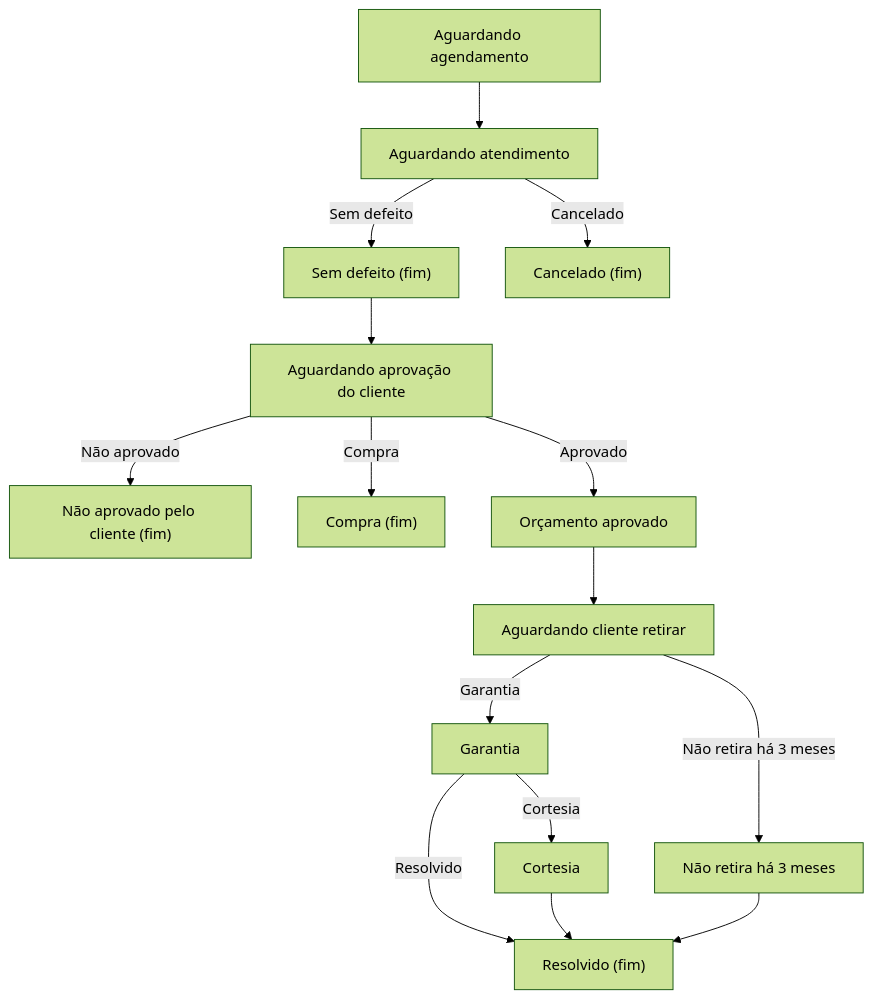
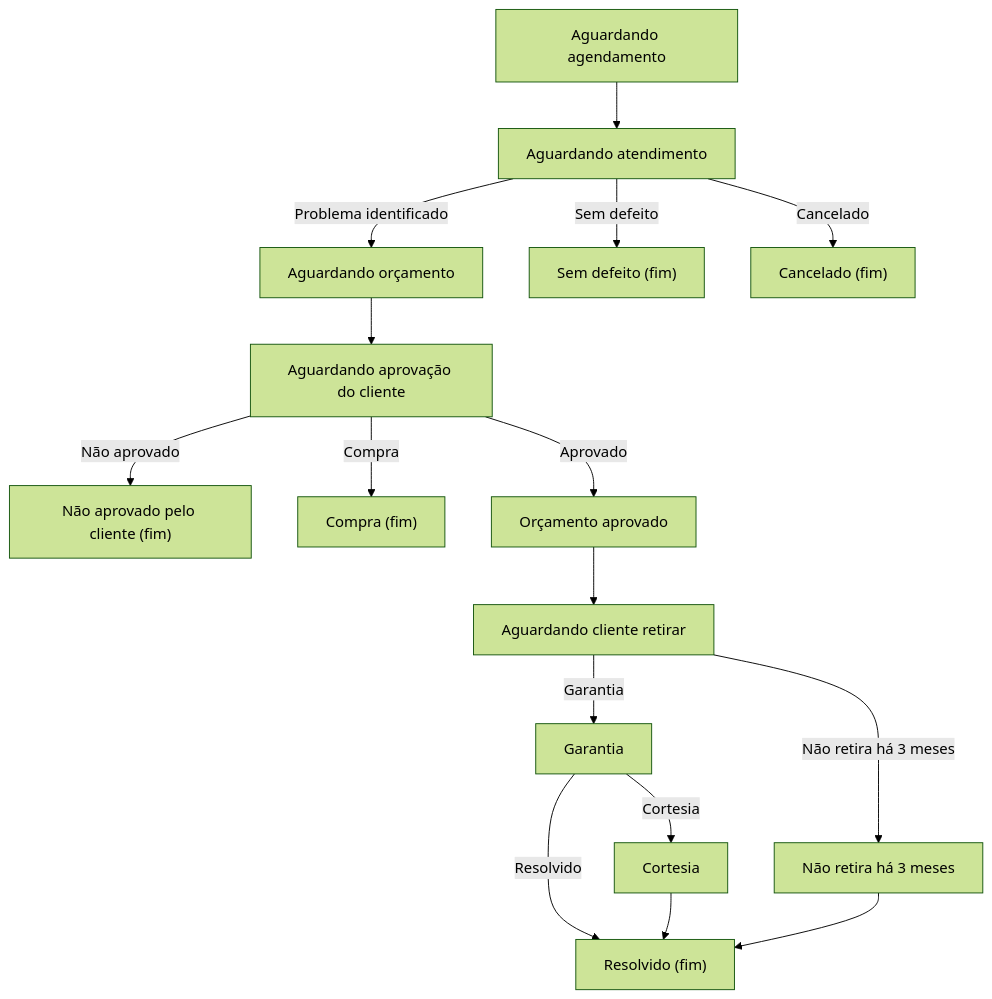
One commit to LucasBonato/ServOeste-Aplicativo changed the first of 5 diagrams in README.md. Above: the diagram before and after it, drawn with Mermaid (forest theme). The commit also changed other lines of this file and 4 other files, not shown here.

````diff
--- a/README.md
+++ b/README.md
@@ -43,21 +43,22 @@
 ```mermaid
 flowchart TD
     1[Aguardando agendamento] --> 2[Aguardando atendimento]
-    2 -->|Sem defeito| 3["Sem defeito (fim)"]
-    2 -->|Cancelado| 3.1["Cancelado (fim)"]
+    2 -->|Problema identificado| 3[Aguardando orçamento]
+    2 -->|Sem defeito| 3.1["Sem defeito (fim)"]
+    2 -->|Cancelado| 3.2["Cancelado (fim)"]
 
     3 --> 4[Aguardando aprovação do cliente]
 
     4 -->|Não aprovado| 5.1["Não aprovado pelo cliente (fim)"]
     4 -->|Compra| 5.2["Compra (fim)"]
     4 -->|Aprovado| 5.3[Orçamento aprovado]
 
     5.3 --> 6[Aguardando cliente retirar]
     6 -->|Não retira há 3 meses| 7.1[Não retira há 3 meses]
     6 -->|Garantia| 7.2[Garantia]
 
     7.2 -->|Cortesia| 8[Cortesia]
     7.2 -->|Resolvido| 9["Resolvido (fim)"]
     8 --> 9["Resolvido (fim)"]
     7.1 --> 9["Resolvido (fim)"]
 ```
````
